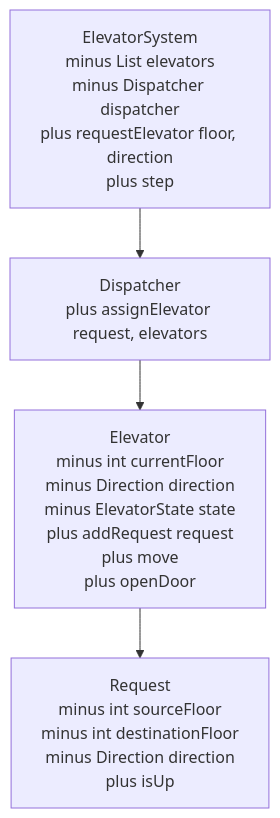
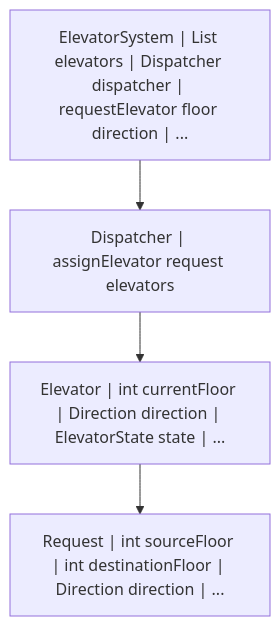
Before and after one commit to mthaiseer/springcloud-systemdesign-notes: diagram 12 of 39 in LLD_NOTES/lld_visual_java_reference_fixed.md, drawn with Mermaid. The commit also changed other lines of this file, not shown here.

````diff
--- a/LLD_NOTES/lld_visual_java_reference_fixed.md
+++ b/LLD_NOTES/lld_visual_java_reference_fixed.md
@@ -894,10 +871,10 @@
 ```mermaid
 flowchart TD
-  C1["ElevatorSystem<br/>minus List elevators<br/>minus Dispatcher dispatcher<br/>plus requestElevator floor, direction<br/>plus step"]
-  C2["Dispatcher<br/>plus assignElevator request, elevators"]
-  C3["Elevator<br/>minus int currentFloor<br/>minus Direction direction<br/>minus ElevatorState state<br/>plus addRequest request<br/>plus move<br/>plus openDoor"]
-  C4["Request<br/>minus int sourceFloor<br/>minus int destinationFloor<br/>minus Direction direction<br/>plus isUp"]
-  C1 --> C2
-  C2 --> C3
-  C3 --> C4
+  C1["ElevatorSystem | List elevators | Dispatcher dispatcher | requestElevator floor direction | ..."]
+  C2["Dispatcher | assignElevator request elevators"]
+  C3["Elevator | int currentFloor | Direction direction | ElevatorState state | ..."]
+  C4["Request | int sourceFloor | int destinationFloor | Direction direction | ..."]
+C1 --> C2
+C2 --> C3
+C3 --> C4
 ```
````
